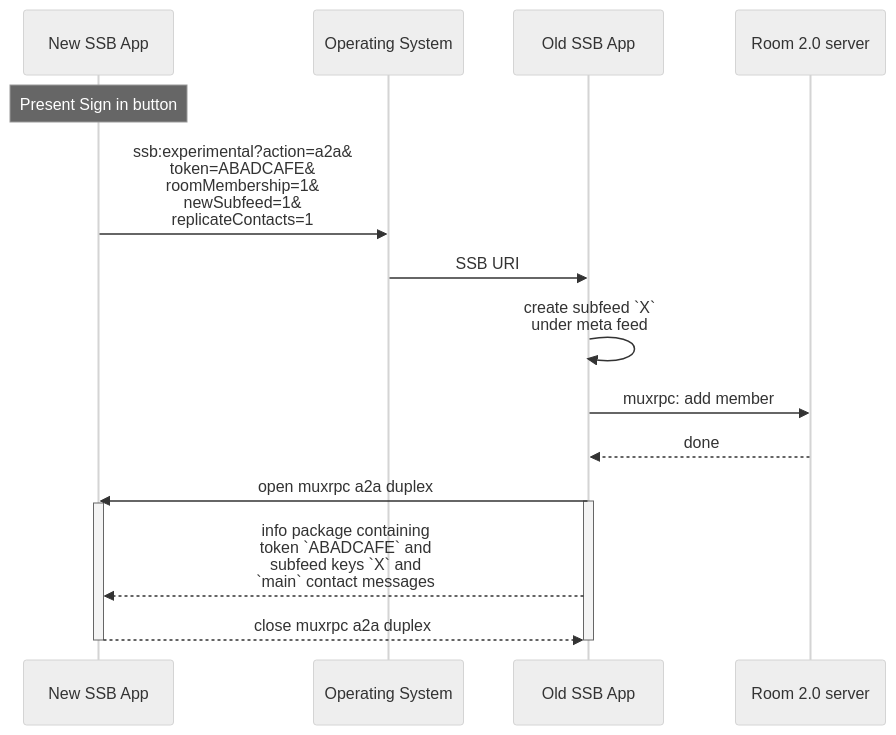
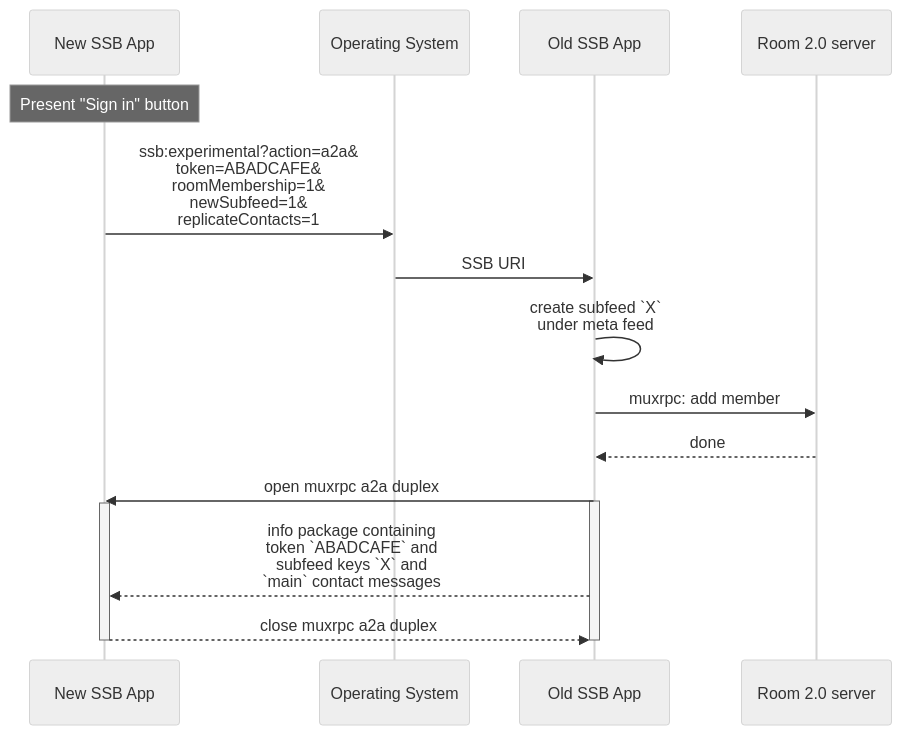
Before and after one commit to ssb-ngi-pointer/a2a-spec-archived: the first of 3 diagrams in Examples.md, drawn with Mermaid (neutral theme). The commit also changed other lines of this file and 2 other files, not shown here.

````diff
--- a/Examples.md
+++ b/Examples.md
@@ -7,21 +7,21 @@
 ```mermaid
 sequenceDiagram
   participant new as New SSB App
   participant os as Operating System
   participant old as Old SSB App
   participant room as Room 2.0 server
 
-  Note over new: Present Sign in button
+  Note over new: Present "Sign in" button
   new->>os: ssb:experimental?action=a2a&<br/>token=ABADCAFE&<br/>roomMembership=1&<br/>newSubfeed=1&<br/>replicateContacts=1
   os->>old: SSB URI
   old->>old: create subfeed `X`<br/> under meta feed
   old->>room: muxrpc: add member
   room-->>old: done
   old->>new: open muxrpc a2a duplex
   activate old
   activate new
   old-->>new: info package containing<br />token `ABADCAFE` and<br/> subfeed keys `X` and<br/>`main` contact messages
   new-->>old: close muxrpc a2a duplex
   deactivate new
   deactivate old
 ```
````
